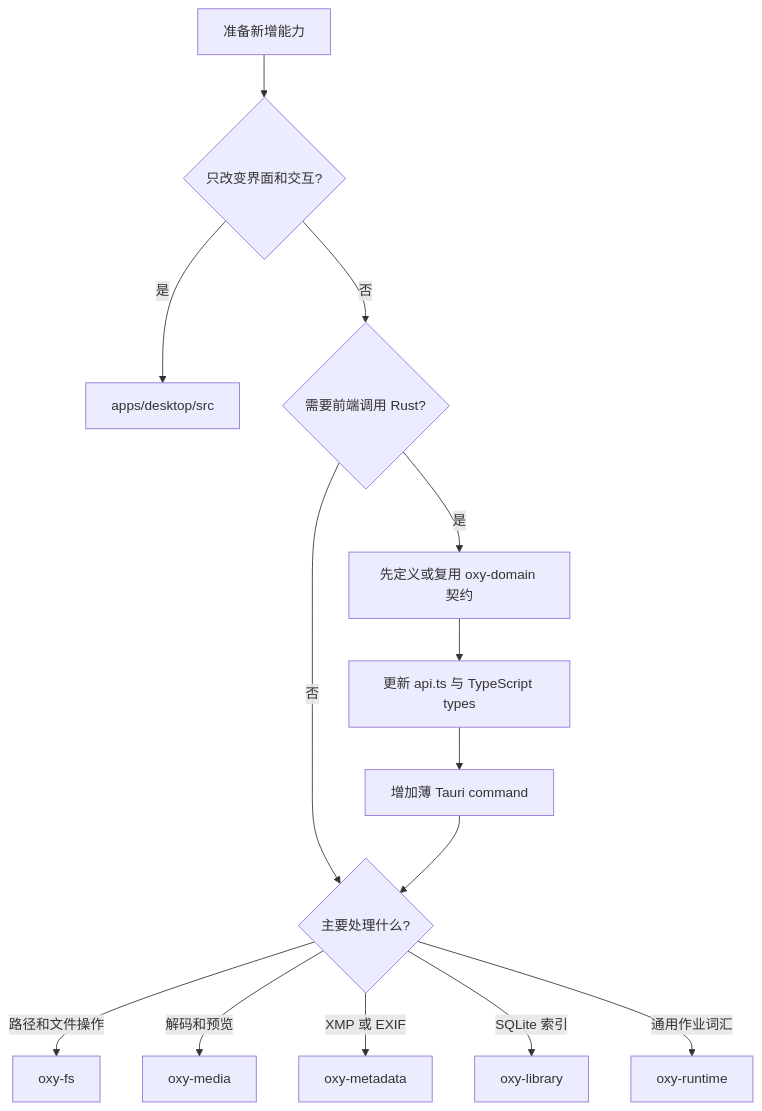
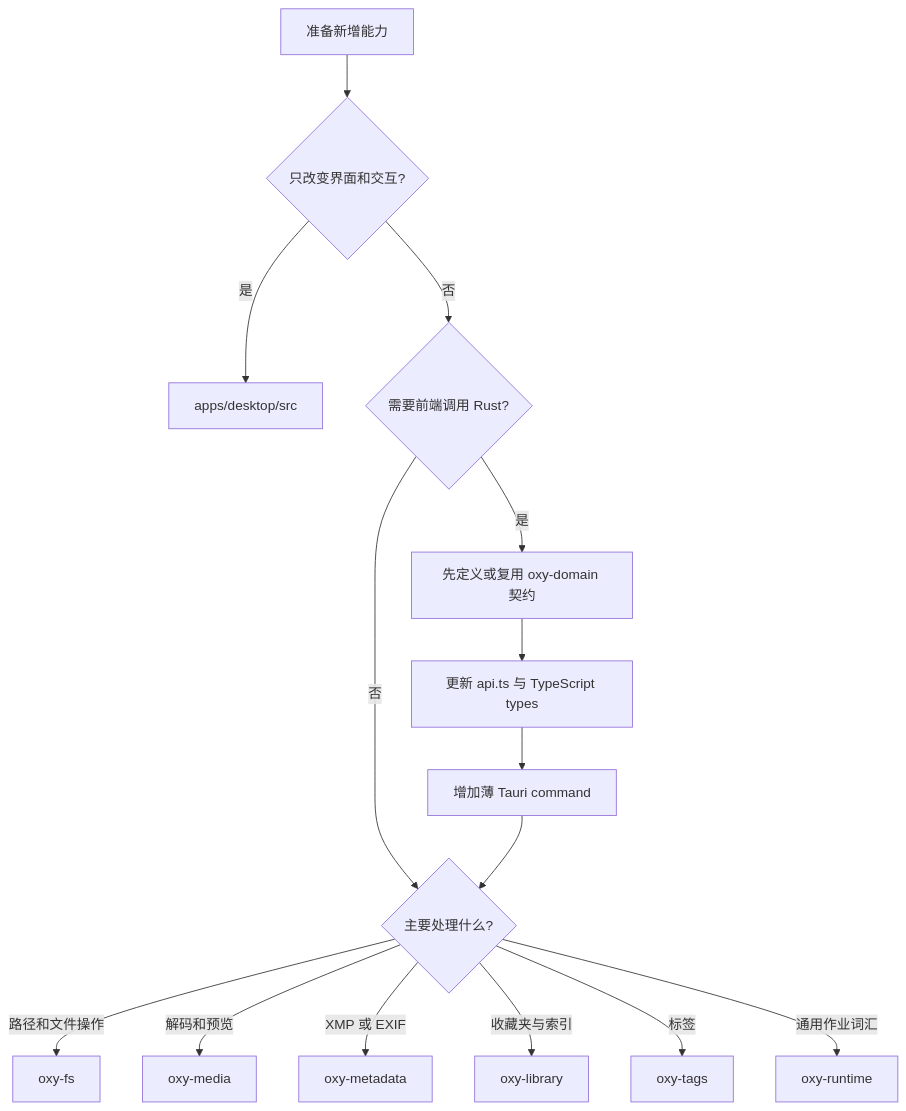
The first of 3 diagrams in docs/architecture/06-extension-guide.md (oxygenkun/oxyviewer), drawn with Mermaid before and after one commit. The commit also changed other lines of this file and 26 other files, not shown here.

````diff
--- a/docs/architecture/06-extension-guide.md
+++ b/docs/architecture/06-extension-guide.md
@@ -8,16 +8,17 @@
 ```mermaid
 flowchart TD
     change["准备新增能力"] --> uiOnly{只改变界面和交互?}
     uiOnly -->|是| frontend["apps/desktop/src"]
     uiOnly -->|否| crossBoundary{需要前端调用 Rust?}
     crossBoundary -->|是| domainFirst["先定义或复用 oxy-domain 契约"]
     crossBoundary -->|否| rustArea{主要处理什么?}
     domainFirst --> apiWrapper["更新 api.ts 与 TypeScript types"]
     apiWrapper --> thinCommand["增加薄 Tauri command"]
     thinCommand --> rustArea
     rustArea -->|路径和文件操作| fsCrate["oxy-fs"]
     rustArea -->|解码和预览| mediaCrate["oxy-media"]
     rustArea -->|XMP 或 EXIF| metadataCrate["oxy-metadata"]
-    rustArea -->|SQLite 索引| libraryCrate["oxy-library"]
+    rustArea -->|收藏夹与索引| libraryCrate["oxy-library"]
+    rustArea -->|标签| tagsCrate["oxy-tags"]
     rustArea -->|通用作业词汇| runtimeCrate["oxy-runtime"]
 ```
````
